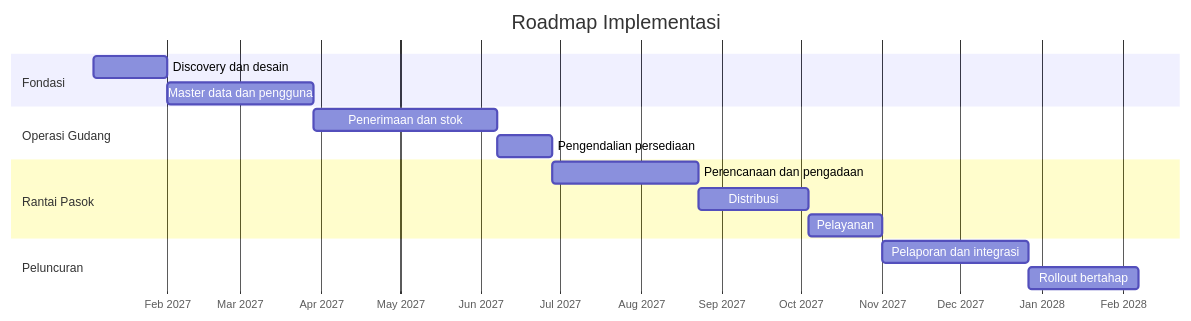
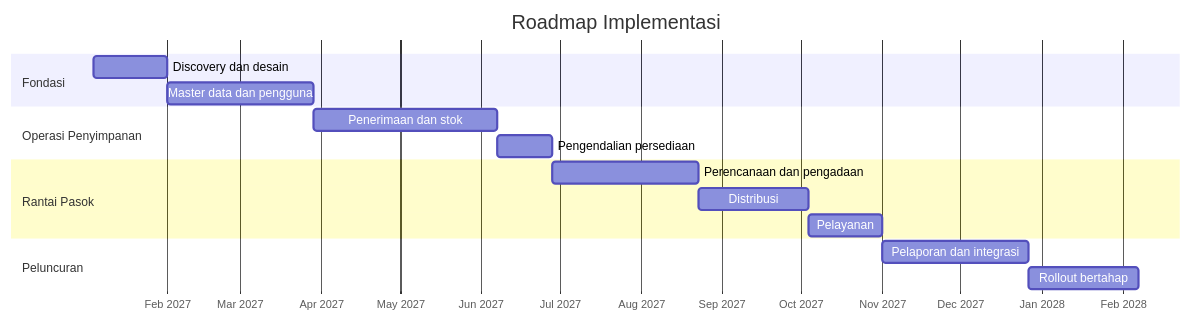
One commit to enginermagang-hue/dinkes changed diagram 11 of 11 in docs/PRD.md. Above: the diagram before and after it, drawn with Mermaid. The commit also changed other lines of this file and 49 other files, not shown here.

````diff
--- a/docs/PRD.md
+++ b/docs/PRD.md
@@ -905,19 +1332,19 @@
 ```mermaid
 gantt
     title Roadmap Implementasi
     dateFormat YYYY-MM-DD
     axisFormat %b %Y
     section Fondasi
     Discovery dan desain      :a1, 2027-01-04, 28d
     Master data dan pengguna  :a2, after a1, 56d
-    section Operasi Gudang
+    section Operasi Penyimpanan
     Penerimaan dan stok       :b1, after a2, 70d
     Pengendalian persediaan   :b2, after b1, 21d
     section Rantai Pasok
     Perencanaan dan pengadaan :c1, after b2, 56d
     Distribusi                :c2, after c1, 42d
     Pelayanan                 :c3, after c2, 28d
     section Peluncuran
     Pelaporan dan integrasi   :d1, after c3, 56d
     Rollout bertahap          :d2, after d1, 42d
 ```
````
